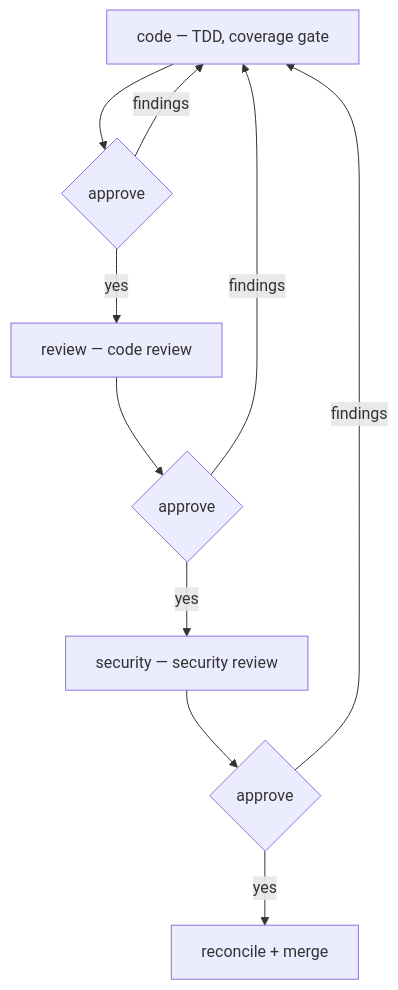
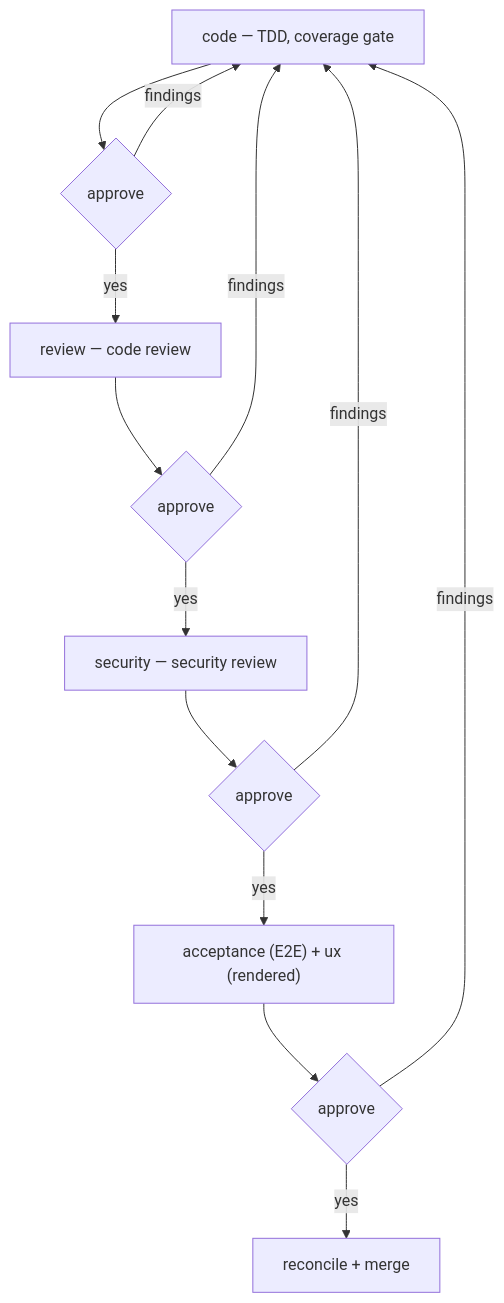
One commit to virajp/ai-plugins changed the second of 2 diagrams in readme.md. Above: the diagram before and after it, drawn with Mermaid. The commit also changed other lines of this file and 28 other files, not shown here.

````diff
--- a/readme.md
+++ b/readme.md
@@ -369,12 +408,15 @@
 ```mermaid
 flowchart TD
     C["code — TDD, coverage gate"] --> G1{"approve"}
     G1 -->|yes| R["review — code review"]
     G1 -->|findings| C
     R --> G2{"approve"}
     G2 -->|yes| S["security — security review"]
     G2 -->|findings| C
     S --> G3{"approve"}
-    G3 -->|yes| RC["reconcile + merge"]
+    G3 -->|yes| AX["acceptance (E2E) + ux (rendered)"]
     G3 -->|findings| C
+    AX --> G4{"approve"}
+    G4 -->|yes| RC["reconcile + merge"]
+    G4 -->|findings| C
 ```
````
